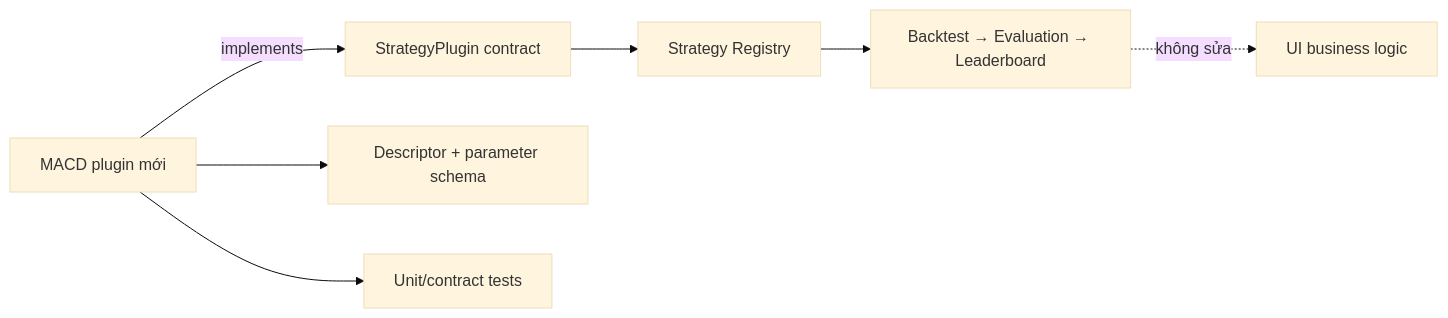
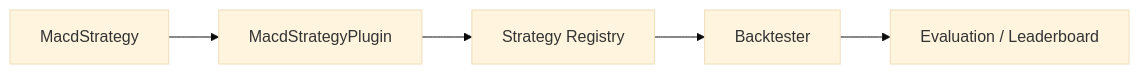
Before and after one commit to PhamVanMinhBinhThuan/crypto-strategy-platform: the diagram in docs/questions/4_add_new_strategy/answer.md, drawn with Mermaid (base theme). The commit also changed other lines of this file and 3 other files, not shown here.

````diff
--- a/docs/questions/4_add_new_strategy/answer.md
+++ b/docs/questions/4_add_new_strategy/answer.md
@@ -9,9 +16,7 @@
 ```mermaid
 flowchart LR
-    NEW["MACD plugin mới"] -->|"implements"| CONTRACT["StrategyPlugin contract"]
-    NEW --> DESC["Descriptor + parameter schema"]
-    NEW --> TEST["Unit/contract tests"]
-    CONTRACT --> REG["Strategy Registry"]
-    REG --> PIPE["Backtest → Evaluation → Leaderboard"]
-    PIPE -. "không sửa" .-> UI["UI business logic"]
+    MACD["MacdStrategy"] --> PLUGIN["MacdStrategyPlugin"]
+    PLUGIN --> REG["Strategy Registry"]
+    REG --> BACKTEST["Backtester"]
+    BACKTEST --> RESULT["Evaluation / Leaderboard"]
 ```
````
